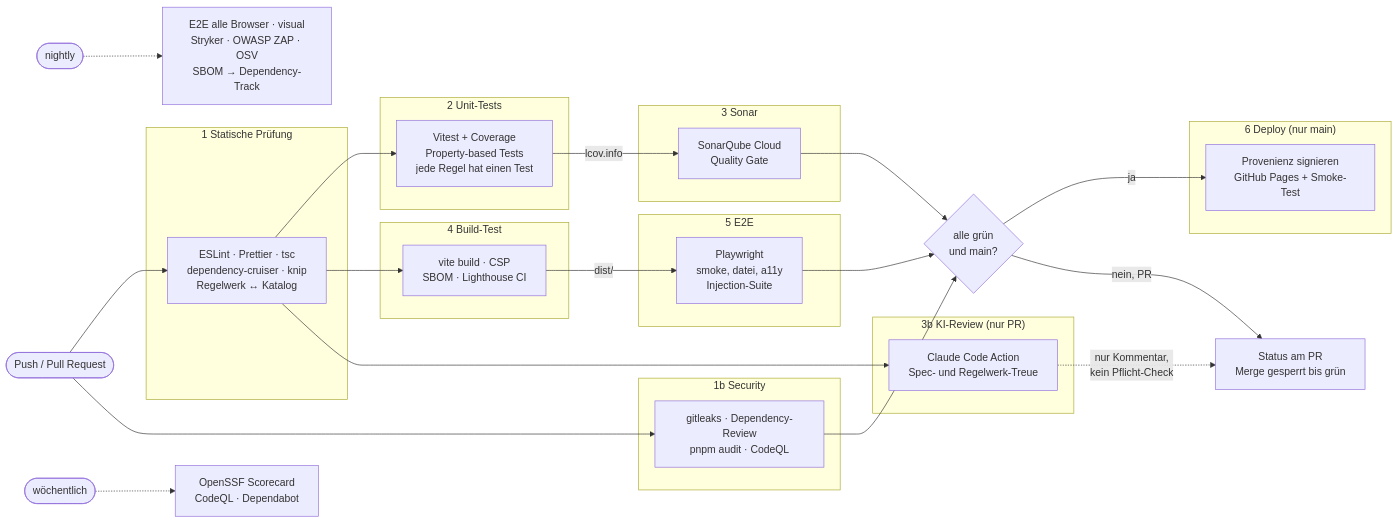
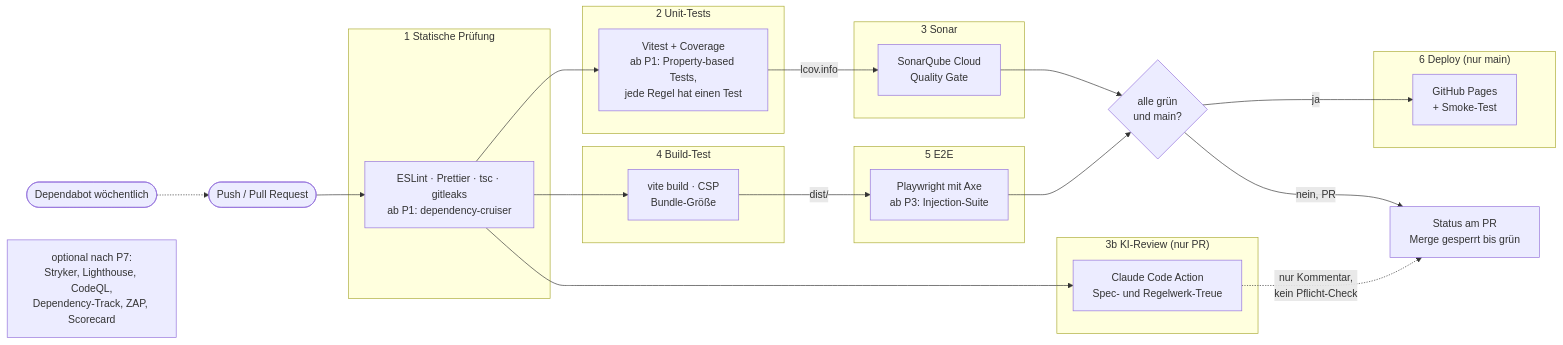
Before and after one commit to jurie2000/ti-visualizer: the seventh of 10 diagrams in specs/001-ti-visualizer-baukasten/architektur.md, drawn with Mermaid. The commit also changed other lines of this file and 6 other files, not shown here.

````diff
--- a/specs/001-ti-visualizer-baukasten/architektur.md
+++ b/specs/001-ti-visualizer-baukasten/architektur.md
@@ -468,46 +482,41 @@
 ```mermaid
 flowchart LR
     trigger(["Push / Pull Request"])
 
     subgraph s1["1 Statische Prüfung"]
-        lint["ESLint · Prettier · tsc<br/>dependency-cruiser · knip<br/>Regelwerk ↔ Katalog"]
-    end
-    subgraph s1b["1b Security"]
-        sec["gitleaks · Dependency-Review<br/>pnpm audit · CodeQL"]
+        lint["ESLint · Prettier · tsc · gitleaks<br/>ab P1: dependency-cruiser"]
     end
     subgraph s2["2 Unit-Tests"]
-        unit["Vitest + Coverage<br/>Property-based Tests<br/>jede Regel hat einen Test"]
+        unit["Vitest + Coverage<br/>ab P1: Property-based Tests,<br/>jede Regel hat einen Test"]
     end
     subgraph s3["3 Sonar"]
         sonar["SonarQube Cloud<br/>Quality Gate"]
     end
     subgraph s3b["3b KI-Review (nur PR)"]
         ai["Claude Code Action<br/>Spec- und Regelwerk-Treue"]
     end
     subgraph s4["4 Build-Test"]
-        build["vite build · CSP<br/>SBOM · Lighthouse CI"]
+        build["vite build · CSP<br/>Bundle-Größe"]
     end
     subgraph s5["5 E2E"]
-        e2e["Playwright<br/>smoke, datei, a11y<br/>Injection-Suite"]
+        e2e["Playwright mit Axe<br/>ab P3: Injection-Suite"]
     end
     subgraph s6["6 Deploy (nur main)"]
-        deploy["Provenienz signieren<br/>GitHub Pages + Smoke-Test"]
+        deploy["GitHub Pages<br/>+ Smoke-Test"]
     end
 
     trigger --> lint
-    trigger --> sec
-    sec --> gate
     lint --> unit
     lint --> build
+    lint --> ai
     unit -- "lcov.info" --> sonar
-    lint --> ai
     ai -. "nur Kommentar,<br/>kein Pflicht-Check" .-> pr
     build -- "dist/" --> e2e
     sonar --> gate{"alle grün<br/>und main?"}
     e2e --> gate
     gate -- "ja" --> deploy
     gate -- "nein, PR" --> pr["Status am PR<br/>Merge gesperrt bis grün"]
 
-    nightly(["nightly"]) -.-> full["E2E alle Browser · visual<br/>Stryker · OWASP ZAP · OSV<br/>SBOM → Dependency-Track"]
-    weekly(["wöchentlich"]) -.-> score["OpenSSF Scorecard<br/>CodeQL · Dependabot"]
+    dependabot(["Dependabot wöchentlich"]) -.-> trigger
+    optional["optional nach P7:<br/>Stryker, Lighthouse, CodeQL,<br/>Dependency-Track, ZAP, Scorecard"]
 ```
````
